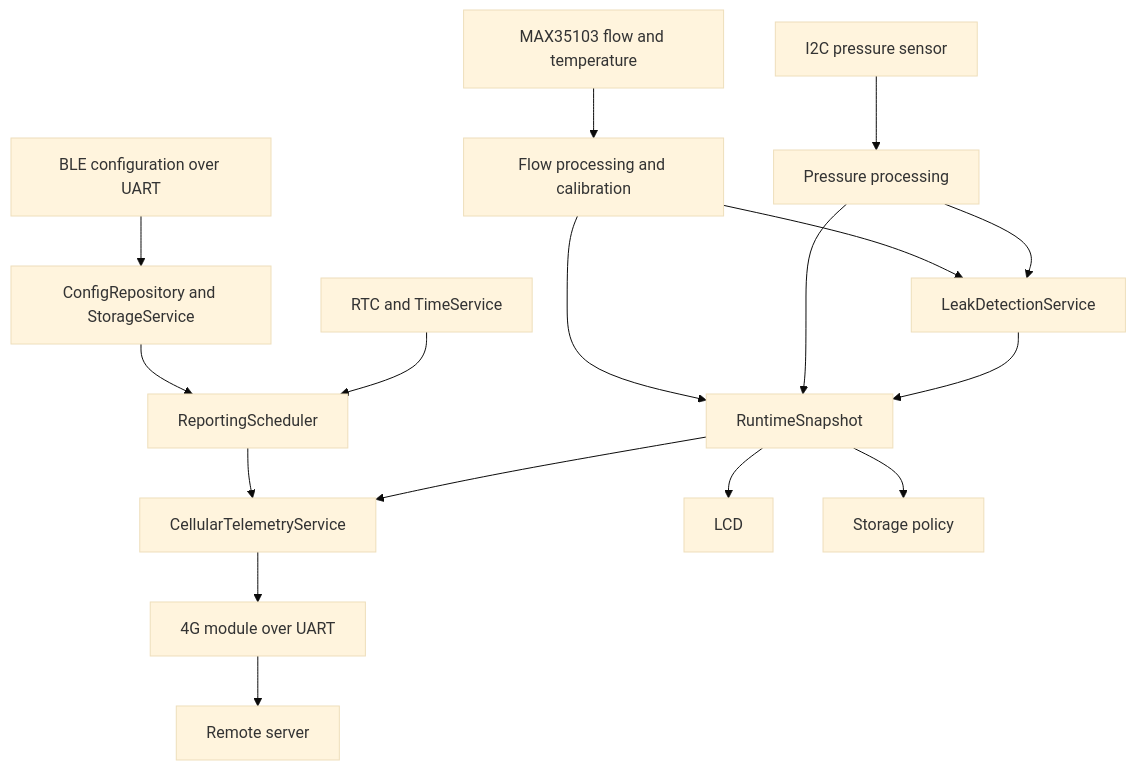
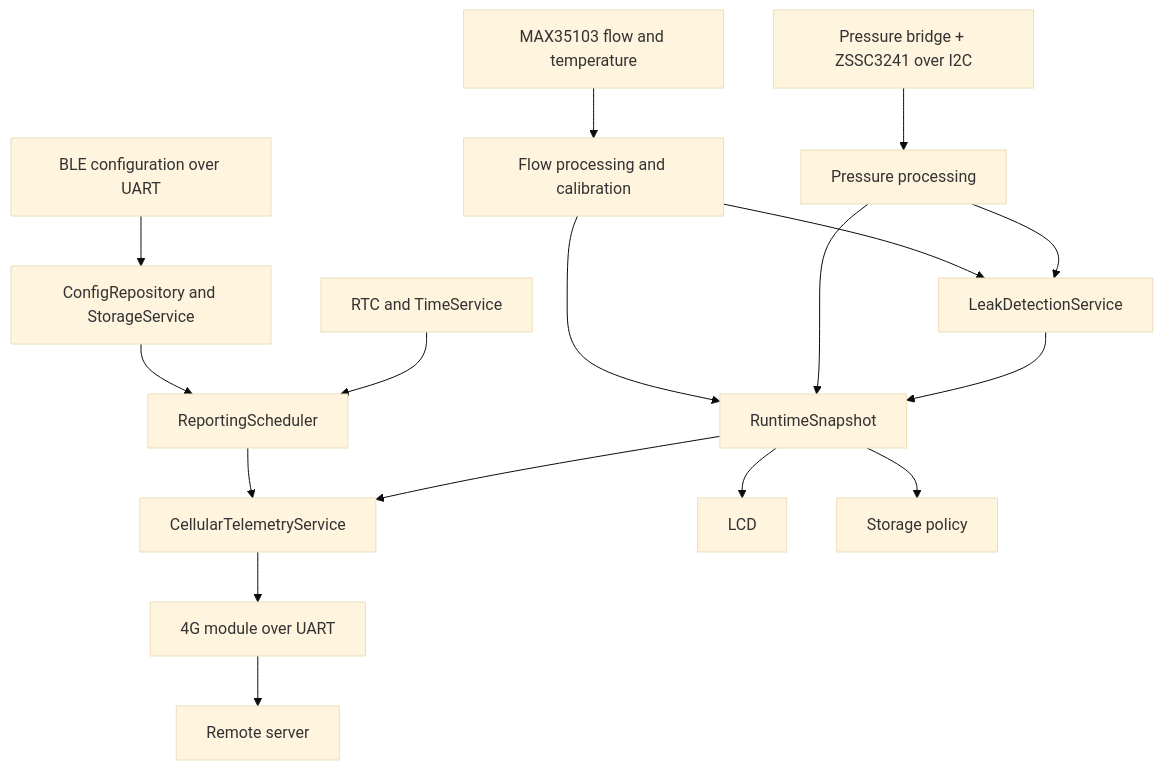
The first of 2 diagrams in 1.docs/00_overview/README.md (whoisLePhuc/smart-water-flow-pressure-monitor), drawn with Mermaid (base theme) before and after one commit. The commit also changed other lines of this file and 8 other files, not shown here.

````diff
--- a/1.docs/00_overview/README.md
+++ b/1.docs/00_overview/README.md
@@ -97,24 +97,24 @@
 ```mermaid
 flowchart TD
     MAX["MAX35103 flow and temperature"] --> FLOW["Flow processing and calibration"]
-    PRESS["I2C pressure sensor"] --> PPROC["Pressure processing"]
+    PRESS["Pressure bridge + ZSSC3241 over I2C"] --> PPROC["Pressure processing"]
 
     FLOW --> LEAK["LeakDetectionService"]
     PPROC --> LEAK
 
     FLOW --> SNAP["RuntimeSnapshot"]
     PPROC --> SNAP
     LEAK --> SNAP
 
     BLE["BLE configuration over UART"] --> CONFIG["ConfigRepository and StorageService"]
     CONFIG --> SCHED["ReportingScheduler"]
 
     RTC["RTC and TimeService"] --> SCHED
     SCHED --> TELEMETRY["CellularTelemetryService"]
     SNAP --> TELEMETRY
 
     SNAP --> LCD["LCD"]
     SNAP --> STORE["Storage policy"]
     TELEMETRY --> MODEM["4G module over UART"]
     MODEM --> SERVER["Remote server"]
 ```
````
